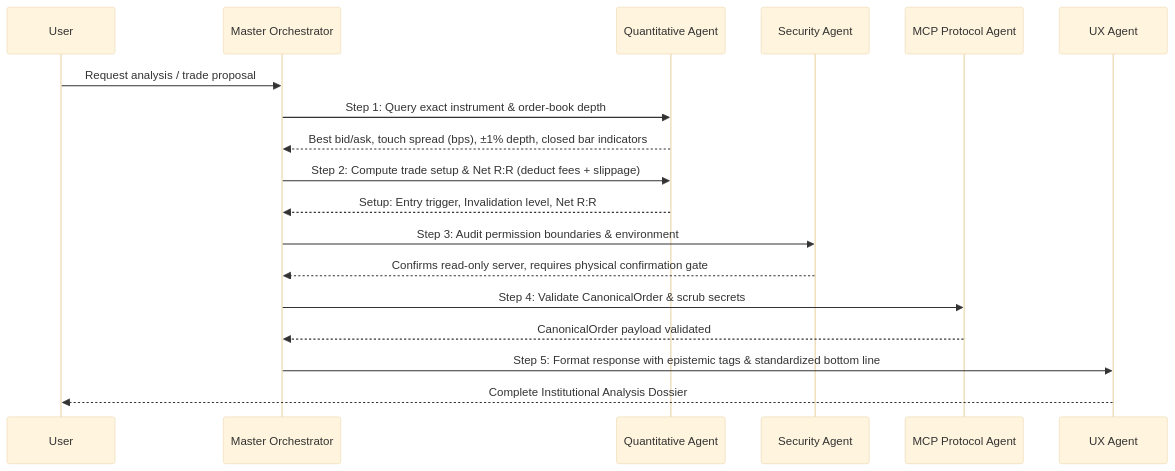
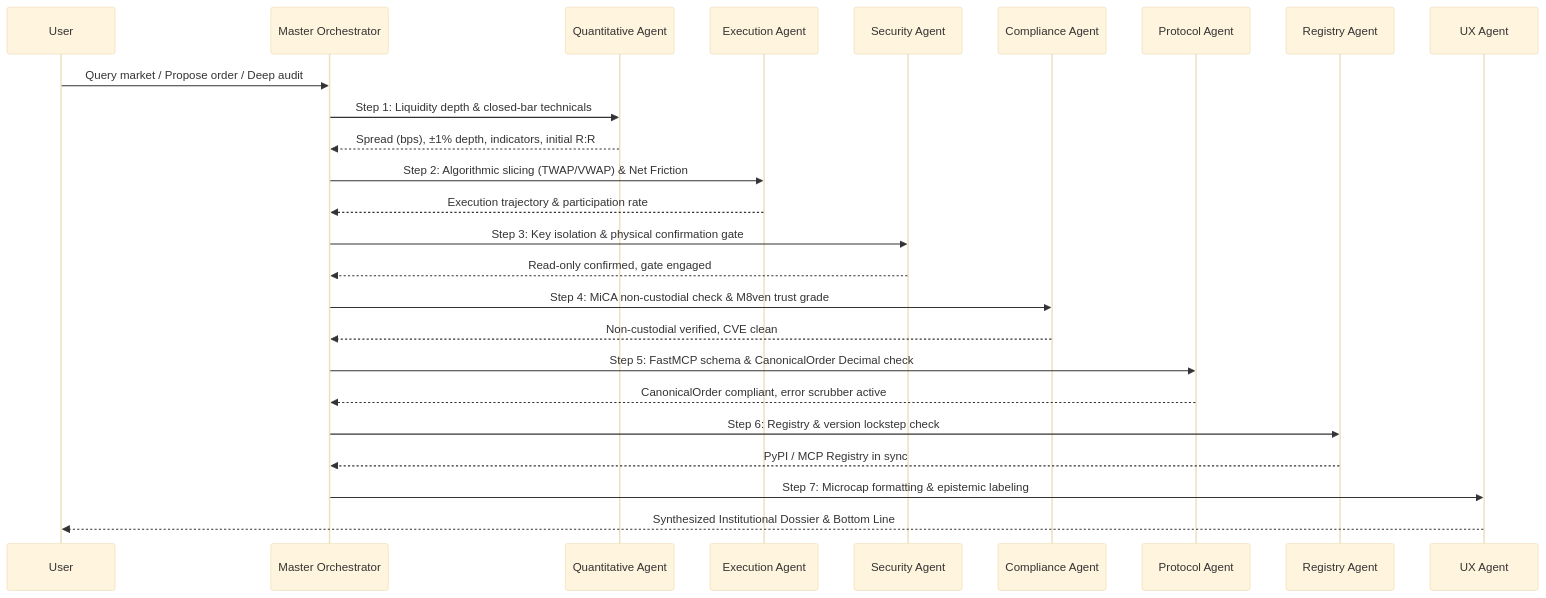
Before and after one commit to KumailQazi/krmaazha-binance-mcp: the diagram in .agents/skills/orchestrator/SKILL.md, drawn with Mermaid (base theme). The commit also changed other lines of this file and 16 other files, not shown here.

Commit message:
feat(agents): expand multi-agent ecosystem with registry syndication, compliance audit, and execution algorithms

````diff
--- a/.agents/skills/orchestrator/SKILL.md
+++ b/.agents/skills/orchestrator/SKILL.md
@@ -65,21 +98,28 @@
 ```mermaid
 sequenceDiagram
     participant User
     participant Orch as Master Orchestrator
     participant Quant as Quantitative Agent
+    participant Exec as Execution Agent
     participant Sec as Security Agent
-    participant Proto as MCP Protocol Agent
+    participant Comp as Compliance Agent
+    participant Proto as Protocol Agent
+    participant Reg as Registry Agent
     participant UX as UX Agent
 
-    User->>Orch: Request analysis / trade proposal
-    Orch->>Quant: Step 1: Query exact instrument & order-book depth
-    Quant-->>Orch: Best bid/ask, touch spread (bps), ±1% depth, closed bar indicators
-    Orch->>Quant: Step 2: Compute trade setup & Net R:R (deduct fees + slippage)
-    Quant-->>Orch: Setup: Entry trigger, Invalidation level, Net R:R
-    Orch->>Sec: Step 3: Audit permission boundaries & environment
-    Sec-->>Orch: Confirms read-only server, requires physical confirmation gate
-    Orch->>Proto: Step 4: Validate CanonicalOrder & scrub secrets
-    Proto-->>Orch: CanonicalOrder payload validated
-    Orch->>UX: Step 5: Format response with epistemic tags & standardized bottom line
-    UX-->>User: Complete Institutional Analysis Dossier
+    User->>Orch: Query market / Propose order / Deep audit
+    Orch->>Quant: Step 1: Liquidity depth & closed-bar technicals
+    Quant-->>Orch: Spread (bps), ±1% depth, indicators, initial R:R
+    Orch->>Exec: Step 2: Algorithmic slicing (TWAP/VWAP) & Net Friction
+    Exec-->>Orch: Execution trajectory & participation rate
+    Orch->>Sec: Step 3: Key isolation & physical confirmation gate
+    Sec-->>Orch: Read-only confirmed, gate engaged
+    Orch->>Comp: Step 4: MiCA non-custodial check & M8ven trust grade
+    Comp-->>Orch: Non-custodial verified, CVE clean
+    Orch->>Proto: Step 5: FastMCP schema & CanonicalOrder Decimal check
+    Proto-->>Orch: CanonicalOrder compliant, error scrubber active
+    Orch->>Reg: Step 6: Registry & version lockstep check
+    Reg-->>Orch: PyPI / MCP Registry in sync
+    Orch->>UX: Step 7: Microcap formatting & epistemic labeling
+    UX-->>User: Synthesized Institutional Dossier & Bottom Line
 ```
````
